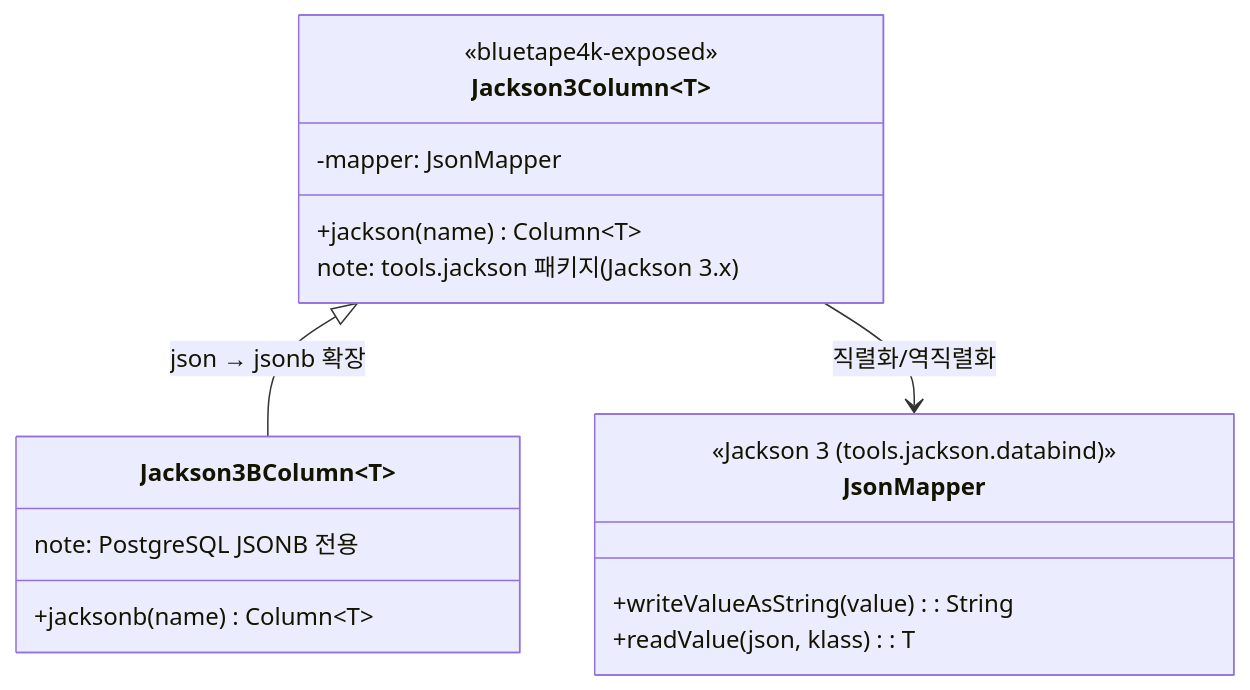
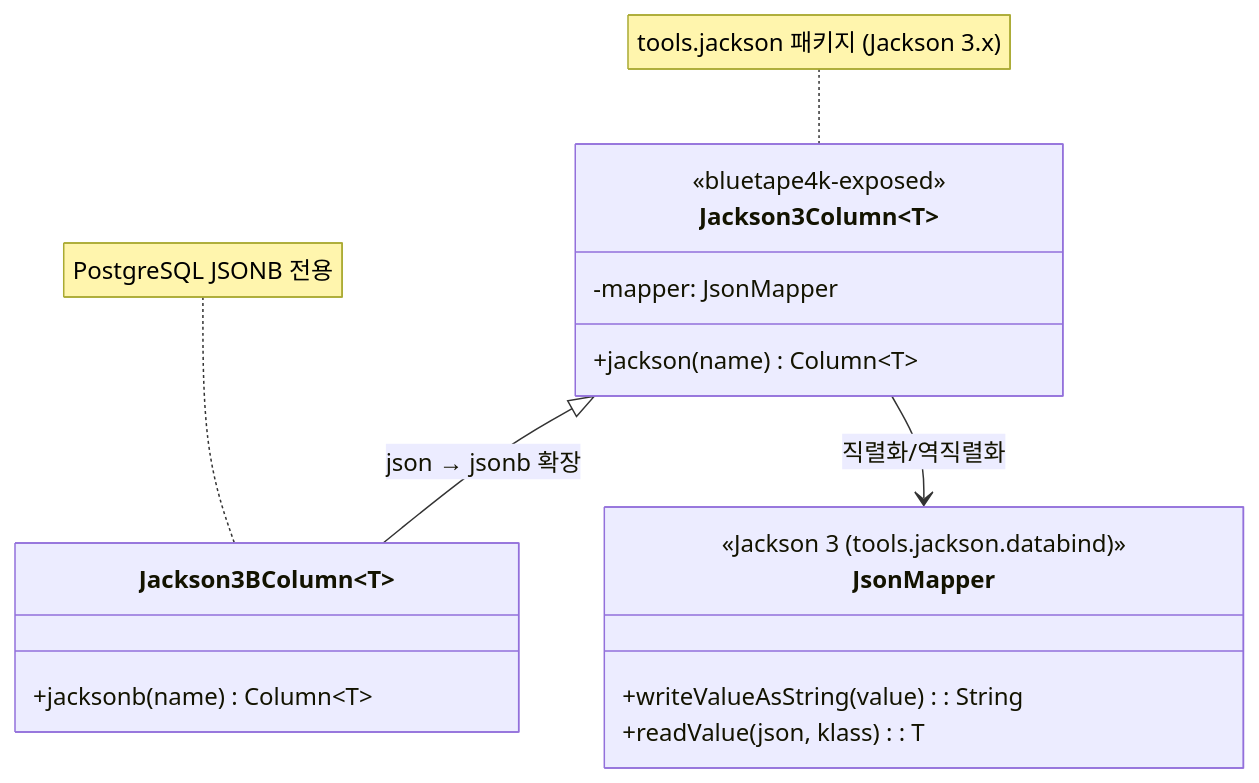
The diagram in 06-advanced/11-exposed-r2dbc-jackson3/README.md (bluetape4k/exposed-r2dbc-workshop), drawn with Mermaid before and after one commit. The commit also changed 8 other files, not shown here.

First line of the commit message:
docs: Mermaid 다이어그램 note 속성 개선

````diff
--- a/06-advanced/11-exposed-r2dbc-jackson3/README.md
+++ b/06-advanced/11-exposed-r2dbc-jackson3/README.md
@@ -34,21 +34,21 @@
 ```mermaid
 classDiagram
     class Jackson3Column~T~ {
         <<bluetape4k-exposed>>
         +jackson(name) Column~T~
         -mapper: JsonMapper
-        note: tools.jackson 패키지 (Jackson 3.x)
     }
+    note for Jackson3Column "tools.jackson 패키지 (Jackson 3.x)"
     class Jackson3BColumn~T~ {
         +jacksonb(name) Column~T~
-        note: PostgreSQL JSONB 전용
     }
+    note for Jackson3BColumn "PostgreSQL JSONB 전용"
     class JsonMapper {
         <<Jackson 3 (tools.jackson.databind)>>
         +writeValueAsString(value): String
         +readValue(json, klass): T
     }
 
     Jackson3Column <|-- Jackson3BColumn : json → jsonb 확장
     Jackson3Column --> JsonMapper : 직렬화/역직렬화
 ```
````
